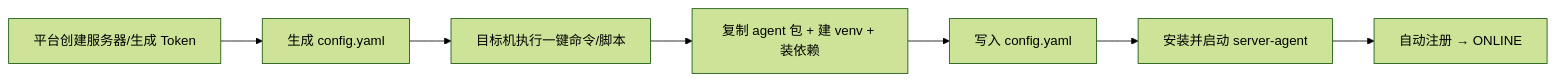
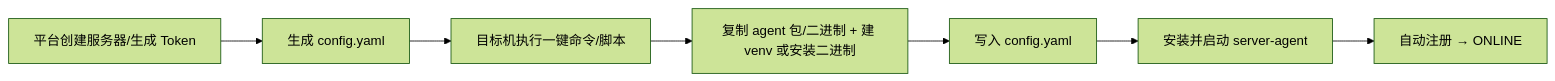
Before and after one commit to yvying-xixi/ops-monitor: the diagram in docs/operations/agent-deployment.md, drawn with Mermaid (forest theme). The commit also changed other lines of this file and 48 other files, not shown here.

````diff
--- a/docs/operations/agent-deployment.md
+++ b/docs/operations/agent-deployment.md
@@ -30,9 +46,9 @@
 ```mermaid
 flowchart LR
     A[平台创建服务器/生成 Token] --> B[生成 config.yaml]
     B --> C[目标机执行一键命令/脚本]
-    C --> D[复制 agent 包 + 建 venv + 装依赖]
+    C --> D[复制 agent 包/二进制 + 建 venv 或安装二进制]
     D --> E[写入 config.yaml]
     E --> F[安装并启动 server-agent]
     F --> G[自动注册 → ONLINE]
 ```
````
